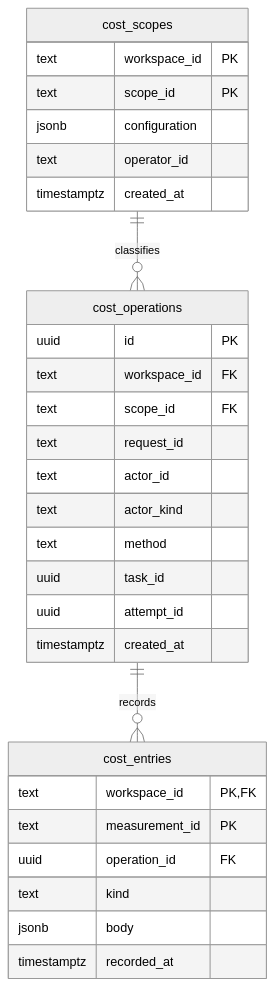
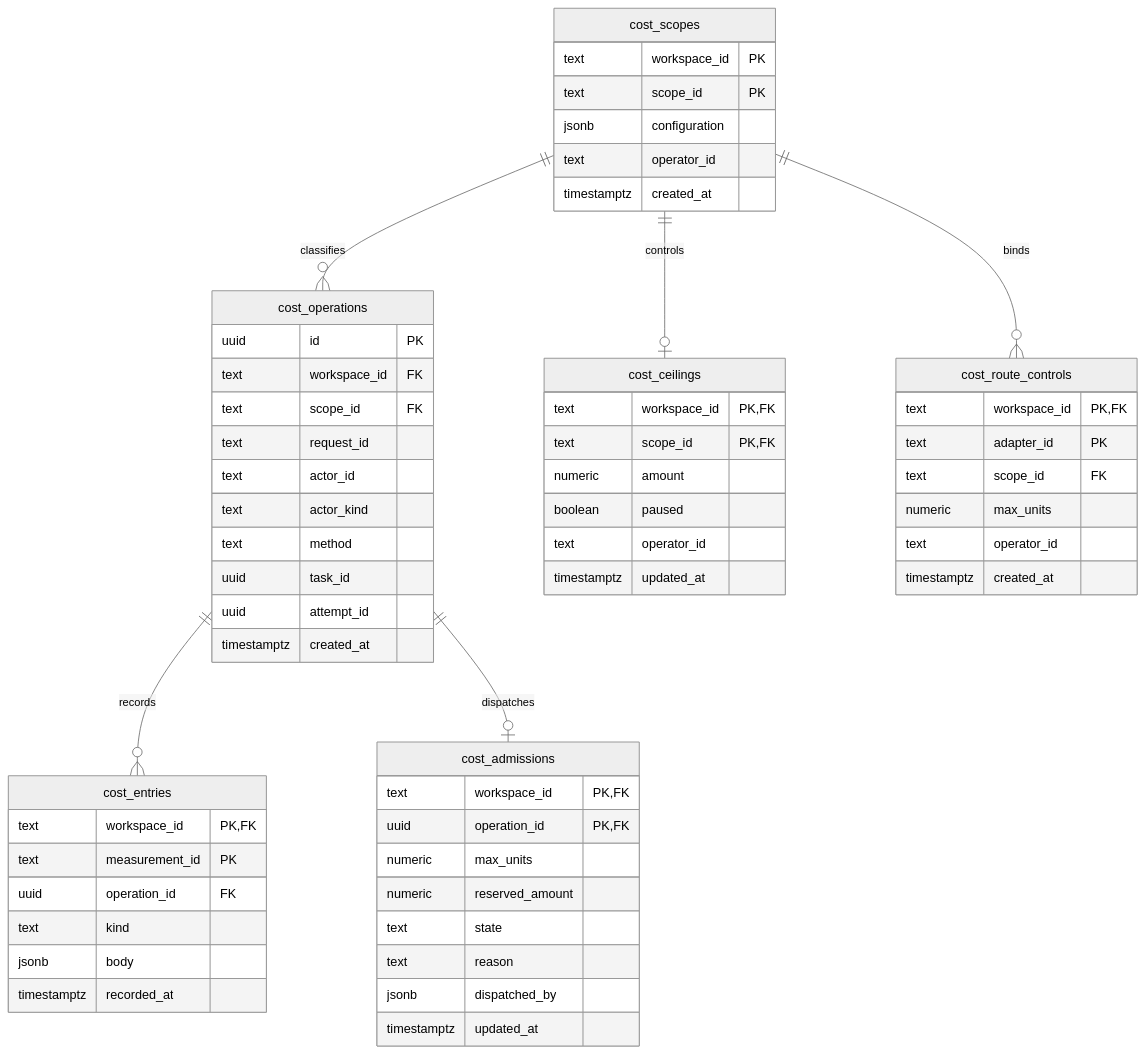
The seventh of 8 diagrams in docs/data-model.md (jinroylee/social-marketing-intelligence), drawn with Mermaid (neutral theme) before and after one commit. The commit also changed other lines of this file and 23 other files, not shown here.

````diff
--- a/docs/data-model.md
+++ b/docs/data-model.md
@@ -599,32 +599,61 @@
 ```mermaid
 erDiagram
     cost_scopes ||--o{ cost_operations : classifies
     cost_operations ||--o{ cost_entries : records
+    cost_scopes ||--o| cost_ceilings : controls
+    cost_scopes ||--o{ cost_route_controls : binds
+    cost_operations ||--o| cost_admissions : dispatches
+    cost_ceilings {
+        text workspace_id PK, FK
+        text scope_id PK, FK
+        numeric amount
+        boolean paused
+        text operator_id
+        timestamptz updated_at
+    }
+    cost_route_controls {
+        text workspace_id PK, FK
+        text adapter_id PK
+        text scope_id FK
+        numeric max_units
+        text operator_id
+        timestamptz created_at
+    }
+    cost_admissions {
+        text workspace_id PK, FK
+        uuid operation_id PK, FK
+        numeric max_units
+        numeric reserved_amount
+        text state
+        text reason
+        jsonb dispatched_by
+        timestamptz updated_at
+    }
     cost_scopes {
         text workspace_id PK
         text scope_id PK
         jsonb configuration
         text operator_id
         timestamptz created_at
     }
     cost_operations {
         uuid id PK
         text workspace_id FK
         text scope_id FK
         text request_id
         text actor_id
         text actor_kind
         text method
         uuid task_id
         uuid attempt_id
         timestamptz created_at
     }
     cost_entries {
         text workspace_id PK, FK
         text measurement_id PK
         uuid operation_id FK
         text kind
         jsonb body
         timestamptz recorded_at
     }
 ```
````
